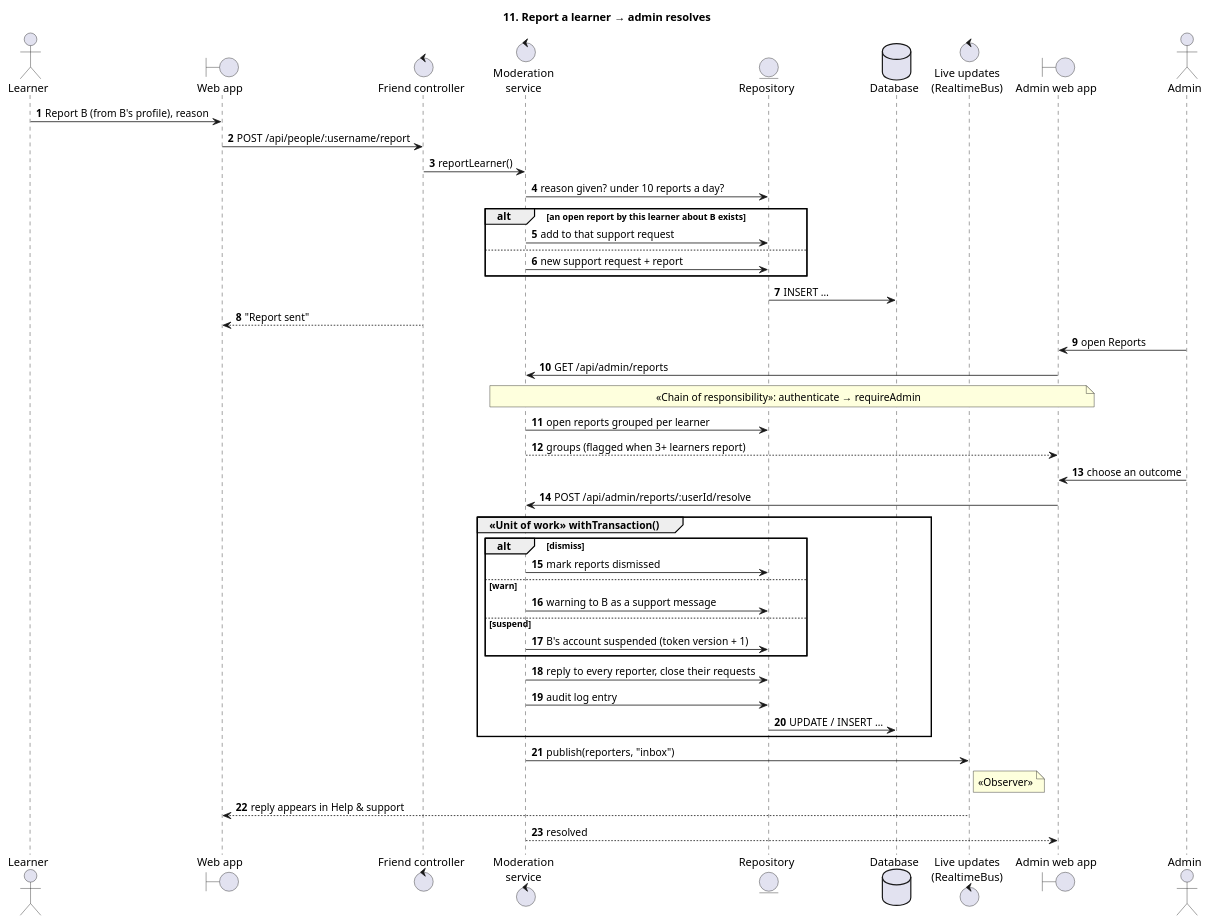
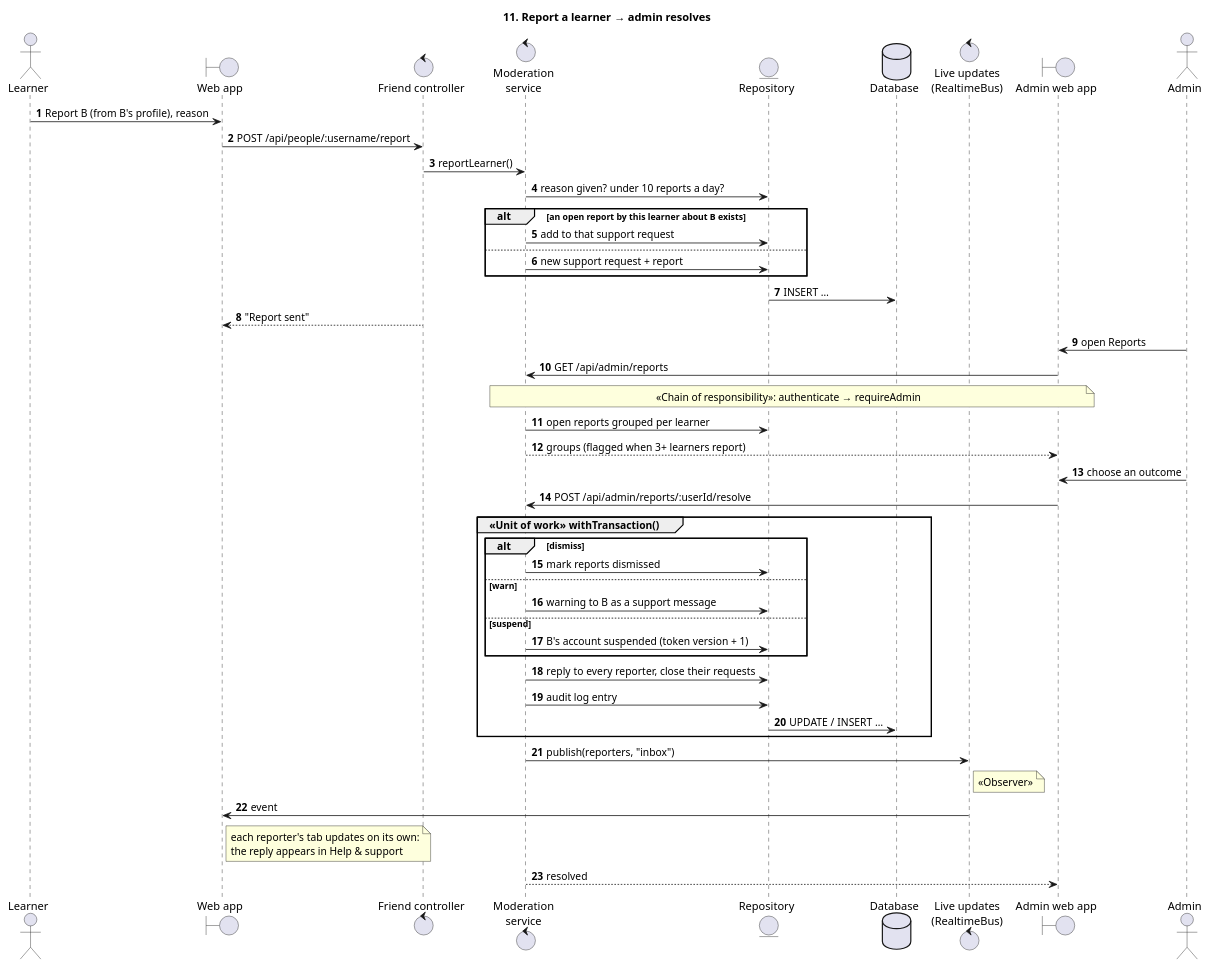
One commit to BLF2710/Nihongo-Training changed the diagram in Diagram/sequence/11-report-and-resolve.puml. Above: the diagram before and after it, drawn with PlantUML. The commit also changed 402 other files, not shown here.

```diff
--- a/Diagram/sequence/11-report-and-resolve.puml
+++ b/Diagram/sequence/11-report-and-resolve.puml
@@ -13,52 +13,53 @@
 @startuml 11 Report and resolve
 title 11. Report a learner → admin resolves
 autonumber
 skinparam sequenceMessageAlign left
 skinparam responseMessageBelowArrow true
 
 actor Learner
 boundary "Web app" as Web
 control "Friend controller" as FCtrl
 control "Moderation\nservice" as Svc
 entity "Repository" as Repo
 database "Database" as DB
 control "Live updates\n(RealtimeBus)" as Bus
 boundary "Admin web app" as AdminWeb
 actor Admin
 
 Learner -> Web : Report B (from B's profile), reason
 Web -> FCtrl : POST /api/people/:username/report
 FCtrl -> Svc : reportLearner()
 Svc -> Repo : reason given? under 10 reports a day?
 alt an open report by this learner about B exists
   Svc -> Repo : add to that support request
 else
   Svc -> Repo : new support request + report
 end
 Repo -> DB : INSERT …
 FCtrl --> Web : "Report sent"
 
 Admin -> AdminWeb : open Reports
 AdminWeb -> Svc : GET /api/admin/reports
 note over AdminWeb, Svc : «Chain of responsibility»: authenticate → requireAdmin
 Svc -> Repo : open reports grouped per learner
 Svc --> AdminWeb : groups (flagged when 3+ learners report)
 Admin -> AdminWeb : choose an outcome
 AdminWeb -> Svc : POST /api/admin/reports/:userId/resolve
 group «Unit of work» withTransaction()
   alt dismiss
     Svc -> Repo : mark reports dismissed
   else warn
     Svc -> Repo : warning to B as a support message
   else suspend
     Svc -> Repo : B's account suspended (token version + 1)
   end
   Svc -> Repo : reply to every reporter, close their requests
   Svc -> Repo : audit log entry
   Repo -> DB : UPDATE / INSERT …
 end
 Svc -> Bus : publish(reporters, "inbox")
 note right of Bus : «Observer»
-Bus --> Web : reply appears in Help & support
+Bus -> Web : event
+note right of Web : each reporter's tab updates on its own:\nthe reply appears in Help & support
 Svc --> AdminWeb : resolved
 @enduml
```
